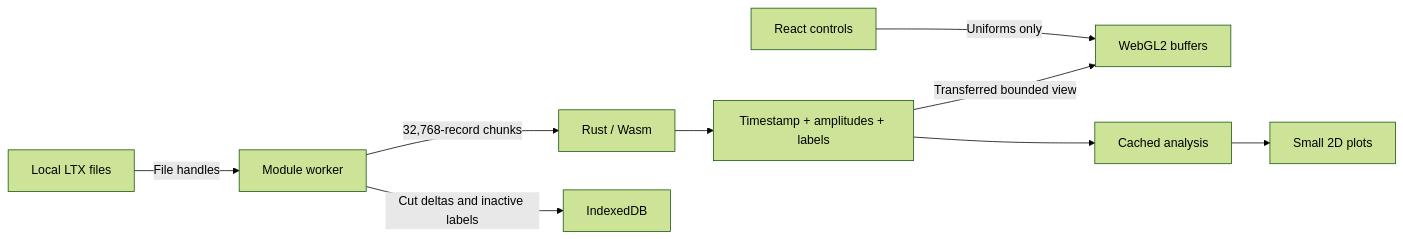
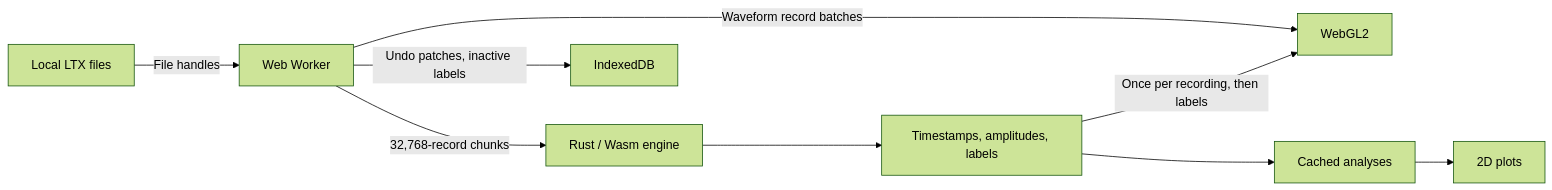
The diagram in docs/ARCHITECTURE.md (ChenNeuroscience/waveform), drawn with Mermaid (forest theme) before and after one commit. The commit also changed other lines of this file and 16 other files, not shown here.

````diff
--- a/docs/ARCHITECTURE.md
+++ b/docs/ARCHITECTURE.md
@@ -3,11 +3,11 @@
 ```mermaid
 flowchart LR
-    Files[Local LTX files] -->|File handles| Worker[Module worker]
-    Worker -->|32,768-record chunks| Rust[Rust / Wasm]
-    Rust --> Features[Timestamp + amplitudes + labels]
-    Features -->|Transferred bounded view| GPU[WebGL2 buffers]
-    React[React controls] -->|Uniforms only| GPU
-    Worker -->|Cut deltas and inactive labels| IDB[IndexedDB]
-    Features --> Analysis[Cached analysis]
-    Analysis --> Canvas[Small 2D plots]
+    Files[Local LTX files] -->|File handles| Worker[Web Worker]
+    Worker -->|32,768-record chunks| Rust[Rust / Wasm engine]
+    Rust --> Population[Timestamps, amplitudes, labels]
+    Population -->|Once per recording, then labels| GPU[WebGL2]
+    Worker -->|Waveform record batches| GPU
+    Worker -->|Undo patches, inactive labels| IDB[IndexedDB]
+    Population --> Analysis[Cached analyses]
+    Analysis --> Canvas[2D plots]
 ```
````
